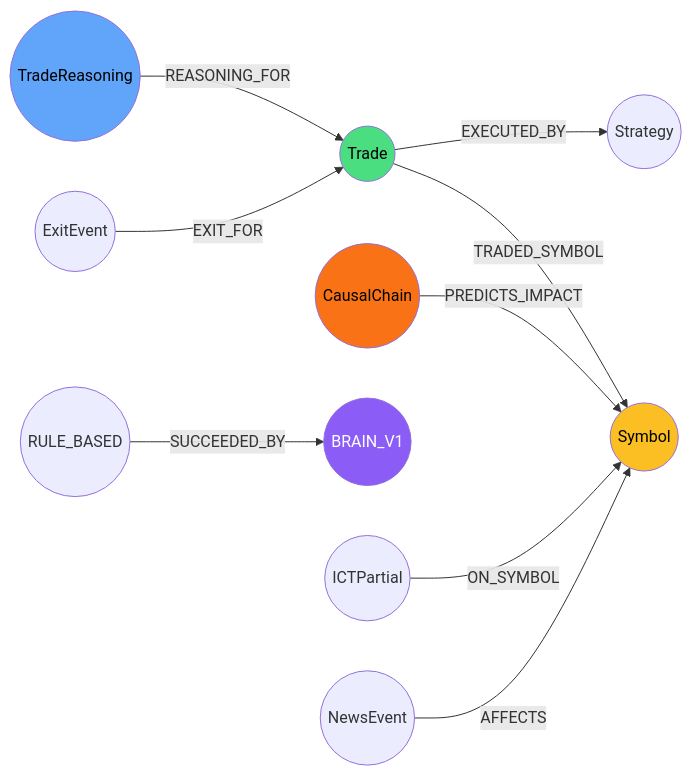
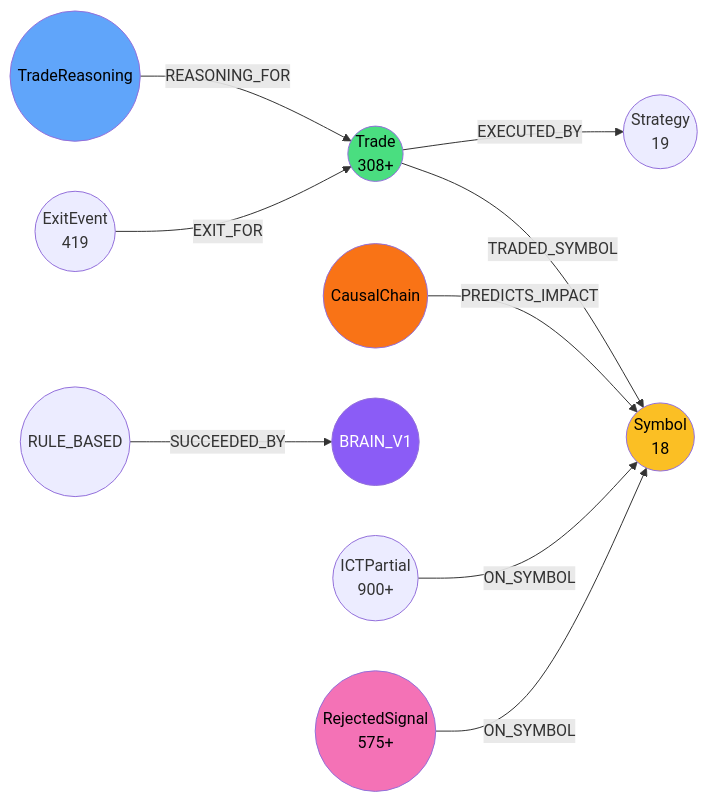
One commit to DisciplinedFlow/metatrader5-quant-server changed the sixth of 11 diagrams in ARCHITECTURE_BRAIN.md. Above: the diagram before and after it, drawn with Mermaid. The commit also changed other lines of this file and 83 other files, not shown here.

Commit message:
feat: Expand architecture for dual-domain trading, add crypto ML, Lighter.xyz integration, and extensive backtest data.

````diff
--- a/ARCHITECTURE_BRAIN.md
+++ b/ARCHITECTURE_BRAIN.md
@@ -144,22 +242,22 @@
 ```mermaid
 graph LR
-    TRADE((Trade)) --> |TRADED_SYMBOL| SYMBOL((Symbol))
-    TRADE --> |EXECUTED_BY| STRATEGY((Strategy))
+    TRADE((Trade\n308+)) --> |TRADED_SYMBOL| SYMBOL((Symbol\n18))
+    TRADE --> |EXECUTED_BY| STRATEGY((Strategy\n19))
 
     REASONING((TradeReasoning)) --> |REASONING_FOR| TRADE
 
     CAUSAL((CausalChain)) --> |PREDICTS_IMPACT| SYMBOL
 
     ERA1((RULE_BASED)) --> |SUCCEEDED_BY| ERA2((BRAIN_V1))
 
-    EXIT((ExitEvent)) --> |EXIT_FOR| TRADE
-    ICT((ICTPartial)) --> |ON_SYMBOL| SYMBOL
-
-    NEWS((NewsEvent)) --> |AFFECTS| SYMBOL
+    EXIT((ExitEvent\n419)) --> |EXIT_FOR| TRADE
+    ICT((ICTPartial\n900+)) --> |ON_SYMBOL| SYMBOL
+    REJECTED((RejectedSignal\n575+)) --> |ON_SYMBOL| SYMBOL
 
     style TRADE fill:#4ade80,color:#000
     style REASONING fill:#60a5fa,color:#000
     style CAUSAL fill:#f97316,color:#000
     style ERA2 fill:#8b5cf6,color:#fff
     style SYMBOL fill:#fbbf24,color:#000
+    style REJECTED fill:#f472b6,color:#000
 ```
````
